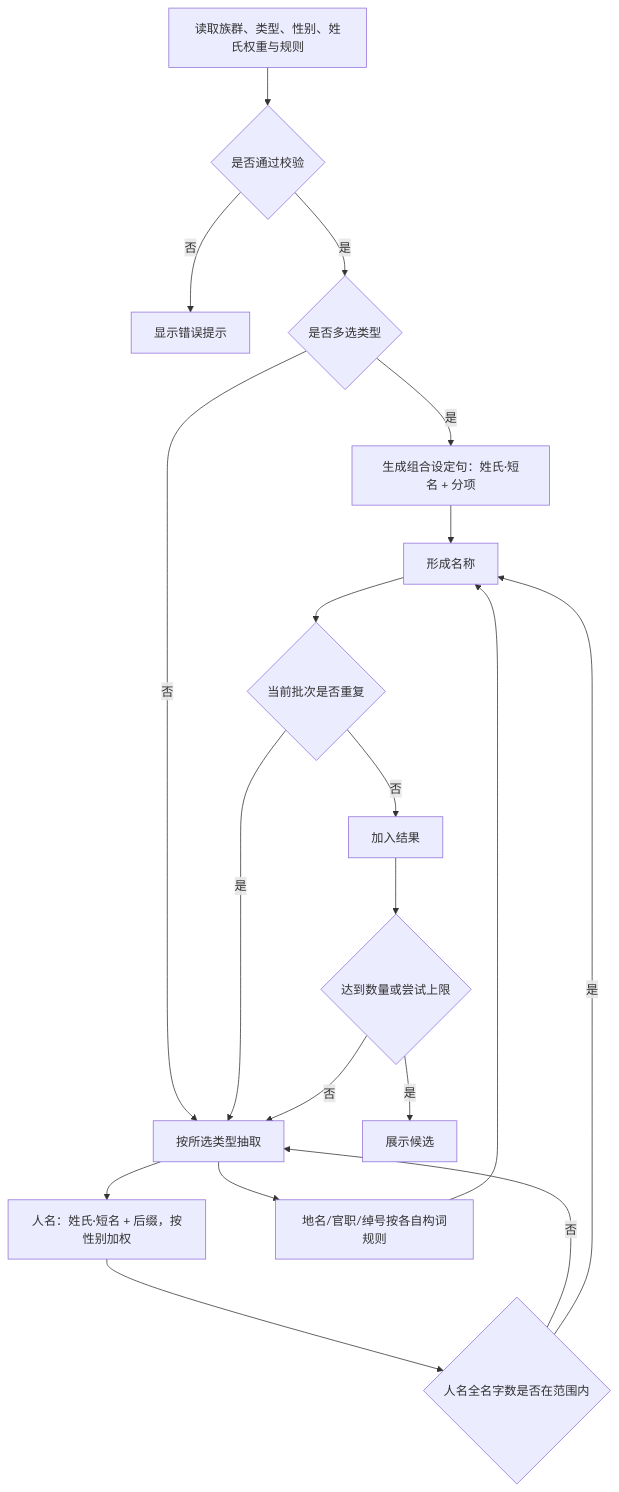
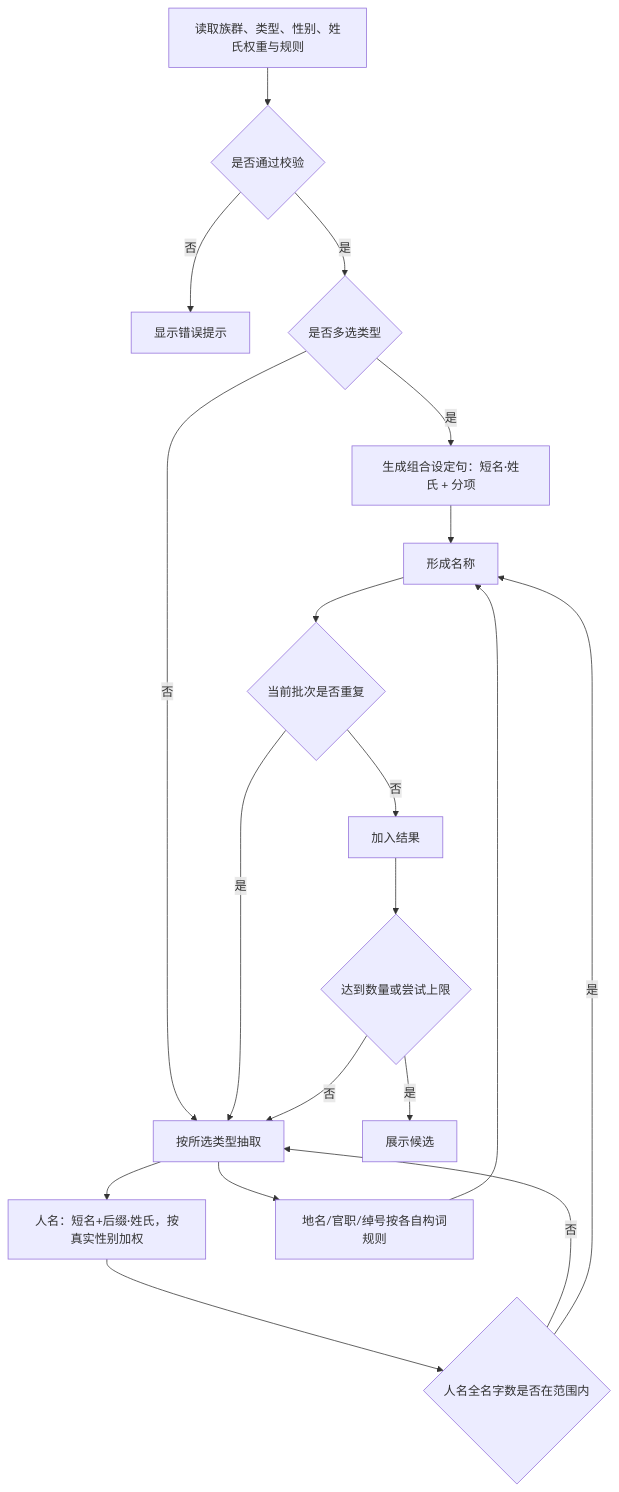
Before and after one commit to the-writer/creative-workshop: the diagram in docs/prd/02-name-generation.md, drawn with Mermaid. The commit also changed other lines of this file and 27 other files, not shown here.

````diff
--- a/docs/prd/02-name-generation.md
+++ b/docs/prd/02-name-generation.md
@@ -68,21 +69,21 @@
 ```mermaid
 flowchart TD
   A[读取族群、类型、性别、姓氏权重与规则] --> B{是否通过校验}
   B -- 否 --> C[显示错误提示]
   B -- 是 --> D{是否多选类型}
-  D -- 是 --> E[生成组合设定句：姓氏·短名 + 分项]
+  D -- 是 --> E[生成组合设定句：短名·姓氏 + 分项]
   D -- 否 --> F[按所选类型抽取]
-  F --> F1[人名：姓氏·短名 + 后缀，按性别加权]
+  F --> F1[人名：短名+后缀·姓氏，按真实性别加权]
   F --> F2[地名/官职/绰号按各自构词规则]
   F1 --> G{人名全名字数是否在范围内}
   G -- 否 --> F
   G -- 是 --> H[形成名称]
   E --> H
   F2 --> H
   H --> I{当前批次是否重复}
   I -- 是 --> F
   I -- 否 --> J[加入结果]
   J --> K{达到数量或尝试上限}
   K -- 否 --> F
   K -- 是 --> L[展示候选]
 ```
````
